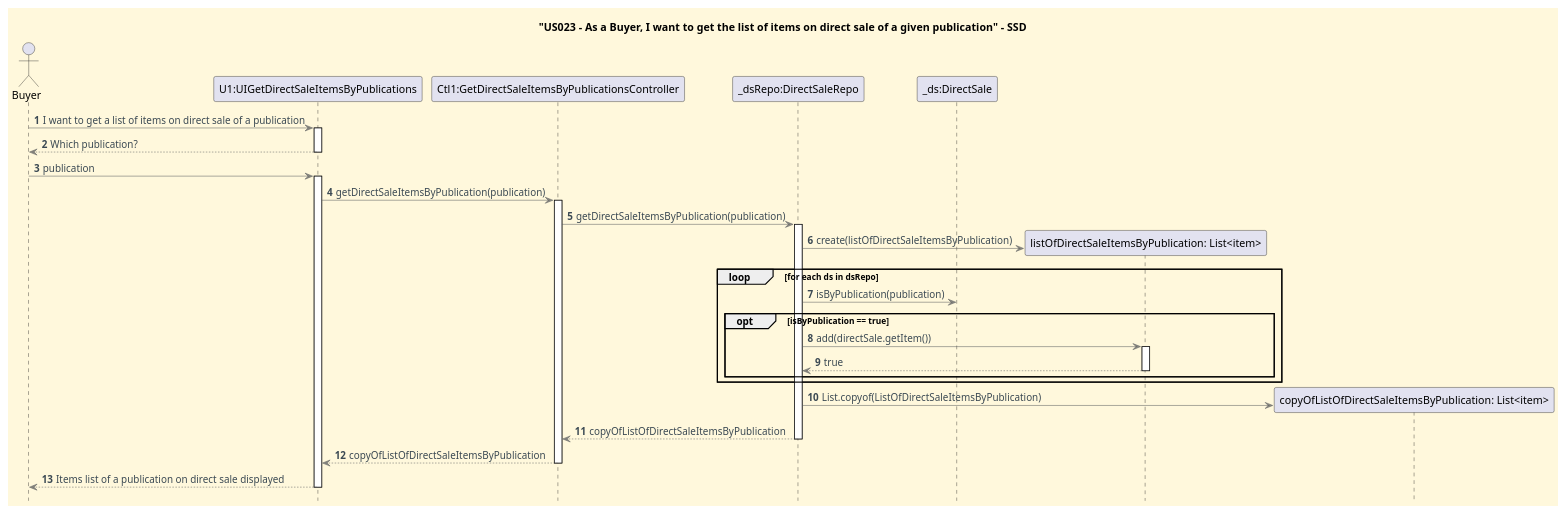
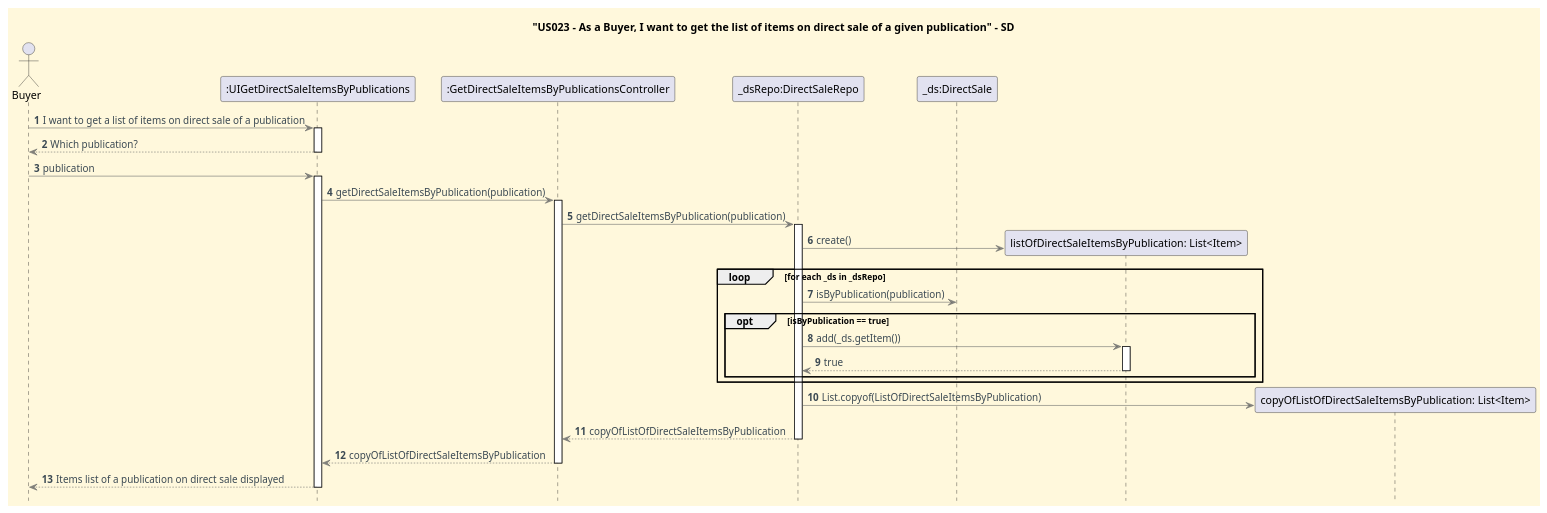
The diagram in docs/userStories/US023/US023_get_list_items_directSale_given_publication_SD.puml (CarolinaLeite-collab/JavaMarketplacePlatform), drawn with PlantUML before and after one commit.

Commit message:
docs: minor fixes to US023 SD, resolves #307

```diff
--- a/docs/userStories/US023/US023_get_list_items_directSale_given_publication_SD.puml
+++ b/docs/userStories/US023/US023_get_list_items_directSale_given_publication_SD.puml
@@ -1,61 +1,61 @@
 @startuml
-title "US023 - As a Buyer, I want to get the list of items on direct sale of a given publication" - SSD
+title "US023 - As a Buyer, I want to get the list of items on direct sale of a given publication" - SD
 hidefootbox
 
 '==== basic style ====
 skinparam monochrome false
 skinparam shadowing false
 skinparam defaultFontName Futura
 skinparam objectFontSize 20
 skinparam backgroundColor CornSilk
 skinparam objectBackgroundColor WhiteSmoke
 skinparam noteBackgroundColor #FFFFE0
 skinparam ArrowFontColor #3B4953
 skinparam ArrowColor #57595BAA
 skinparam ActivationBackgroundColor WhiteSmoke
 
 
 autonumber
 autoactivate off
 
 ' --- Actor and participants ---
 actor Buyer
-participant "U1:UIGetDirectSaleItemsByPublications" as UI
-participant "Ctl1:GetDirectSaleItemsByPublicationsController" as Ctl
+participant ":UIGetDirectSaleItemsByPublications" as UI
+participant ":GetDirectSaleItemsByPublicationsController" as Ctl
 participant "_dsRepo:DirectSaleRepo" as dsr
 participant "_ds:DirectSale" as ds
 
 Buyer -> UI: I want to get a list of items on direct sale of a publication
 activate UI
 UI --> Buyer: Which publication?
 deactivate UI
 
 'publication object
 Buyer -> UI: publication
 activate UI
 UI -> Ctl: getDirectSaleItemsByPublication(publication)
 activate Ctl
 Ctl -> dsr: getDirectSaleItemsByPublication(publication)
 activate dsr
-create "listOfDirectSaleItemsByPublication: List<item>" as list
+create "listOfDirectSaleItemsByPublication: List<Item>" as list
 
-dsr -> list: create(listOfDirectSaleItemsByPublication)
-loop for each ds in dsRepo
+dsr -> list: create()
+loop for each _ds in _dsRepo
         dsr -> ds: isByPublication(publication)
         opt isByPublication == true
-            dsr -> list: add(directSale.getItem())
+            dsr -> list: add(_ds.getItem())
             activate list
             list --> dsr: true
             deactivate list
         end
 end
 
-create "copyOfListOfDirectSaleItemsByPublication: List<item>" as copy
+create "copyOfListOfDirectSaleItemsByPublication: List<Item>" as copy
 dsr -> copy: List.copyof(ListOfDirectSaleItemsByPublication)
 dsr --> Ctl: copyOfListOfDirectSaleItemsByPublication
 deactivate dsr
 Ctl --> UI: copyOfListOfDirectSaleItemsByPublication
 deactivate Ctl
 UI --> Buyer: Items list of a publication on direct sale displayed
 deactivate UI
 @enduml
```
